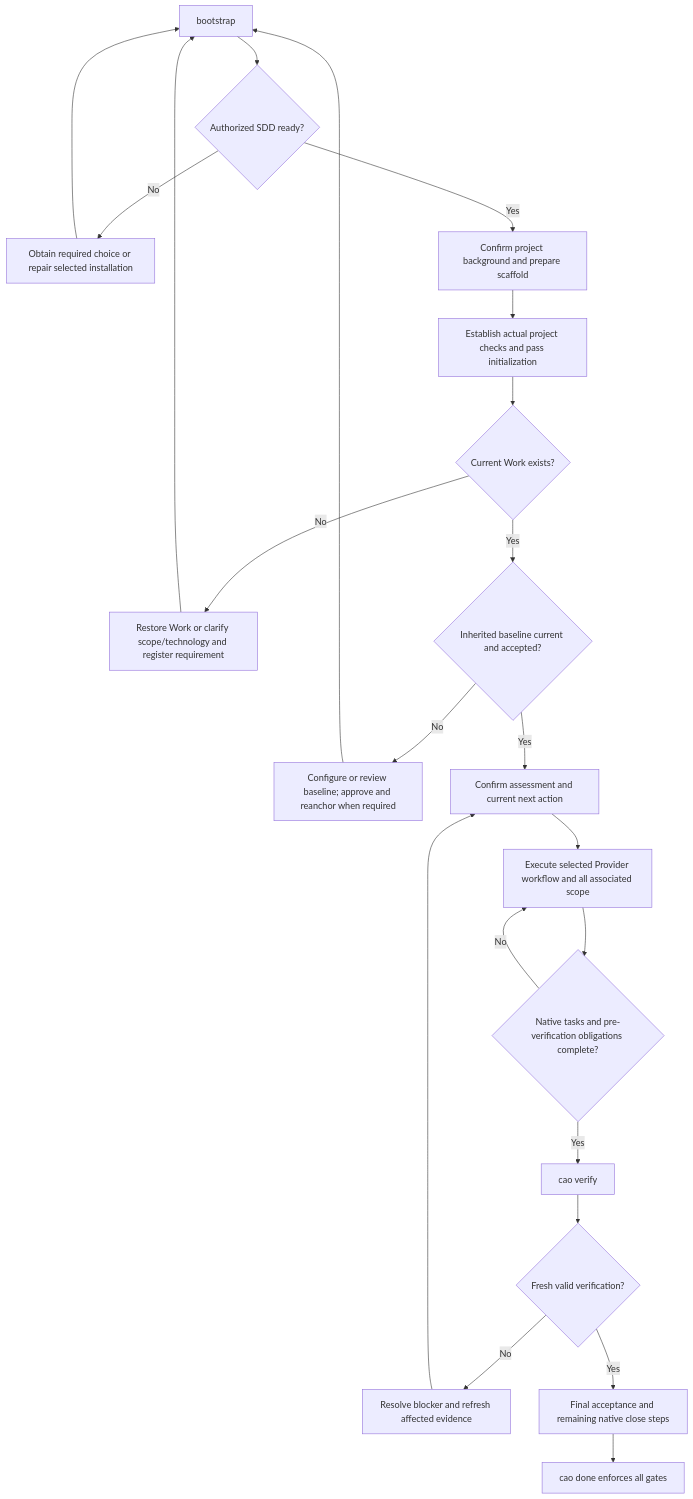
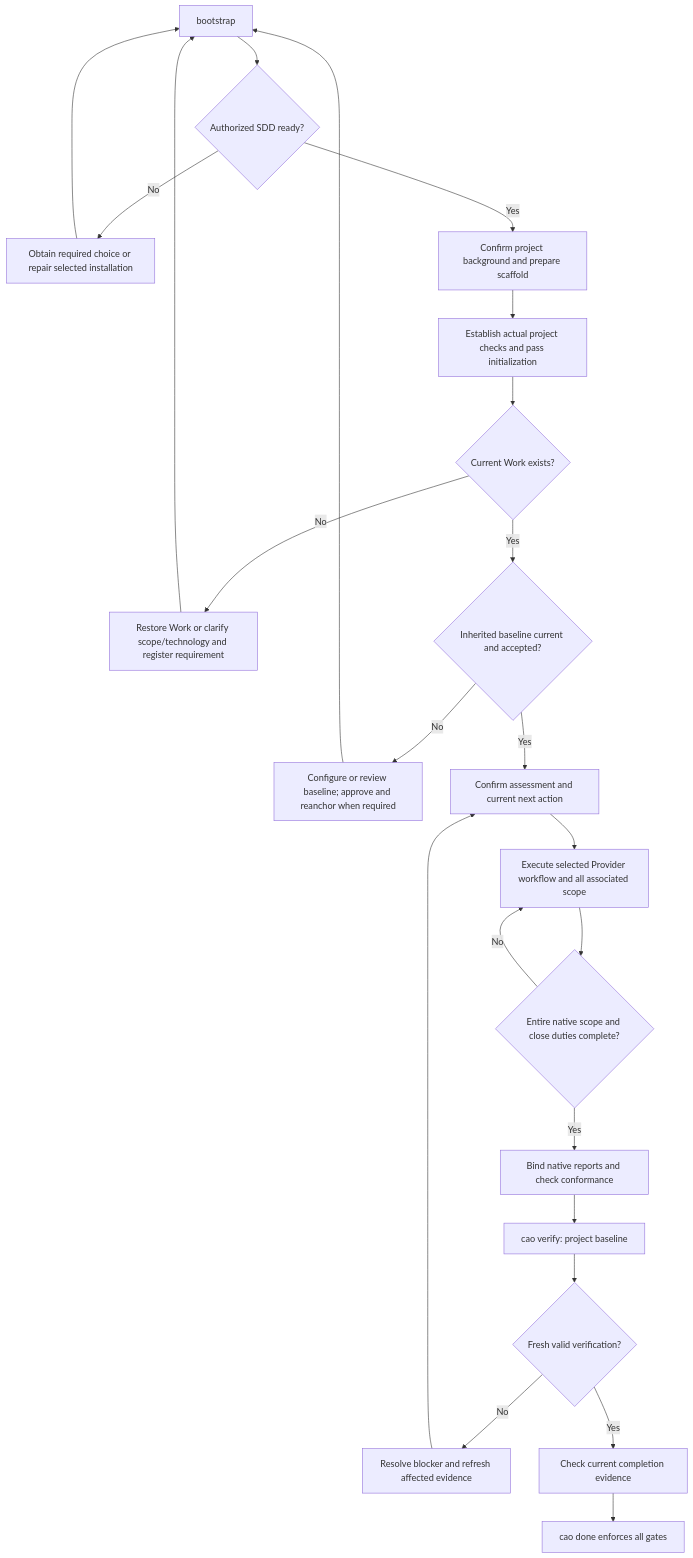
Before and after one commit to wymix-tech/coding-agent-orchestrator: the diagram in SKILL.md, drawn with Mermaid. The commit also changed other lines of this file and 24 other files, not shown here.

First line of the commit message:
fix: align native recovery, host guidance and completion documentation

````diff
--- a/SKILL.md
+++ b/SKILL.md
@@ -55,24 +56,25 @@
 ```mermaid
 flowchart TD
     A["bootstrap"] --> B{"Authorized SDD ready?"}
     B -->|No| C["Obtain required choice or repair selected installation"]
     C --> A
     B -->|Yes| P["Confirm project background and prepare scaffold"]
     P --> Q["Establish actual project checks and pass initialization"]
     Q --> D{"Current Work exists?"}
     D -->|No| E["Restore Work or clarify scope/technology and register requirement"]
     E --> A
     D -->|Yes| F{"Inherited baseline current and accepted?"}
     F -->|No| G["Configure or review baseline; approve and reanchor when required"]
     G --> A
     F -->|Yes| H["Confirm assessment and current next action"]
     H --> I["Execute selected Provider workflow and all associated scope"]
-    I --> J{"Native tasks and pre-verification obligations complete?"}
+    I --> J{"Entire native scope and close duties complete?"}
     J -->|No| I
-    J -->|Yes| K["cao verify"]
+    J -->|Yes| EVIDENCE["Bind native reports and check conformance"]
+    EVIDENCE --> K["cao verify: project baseline"]
     K --> L{"Fresh valid verification?"}
     L -->|No| M["Resolve blocker and refresh affected evidence"]
     M --> H
-    L -->|Yes| N["Final acceptance and remaining native close steps"]
+    L -->|Yes| N["Check current completion evidence"]
     N --> O["cao done enforces all gates"]
 ```
````
